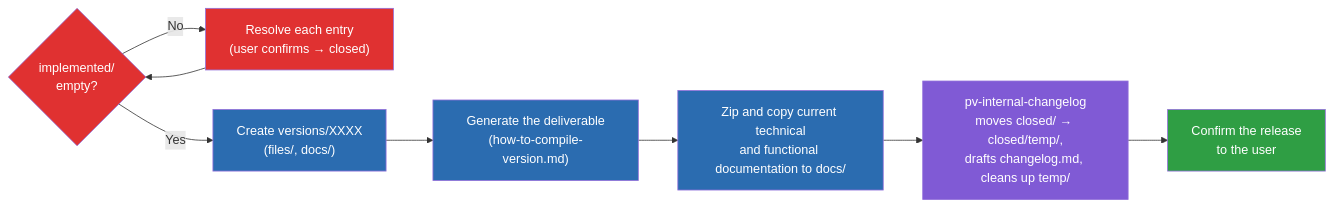
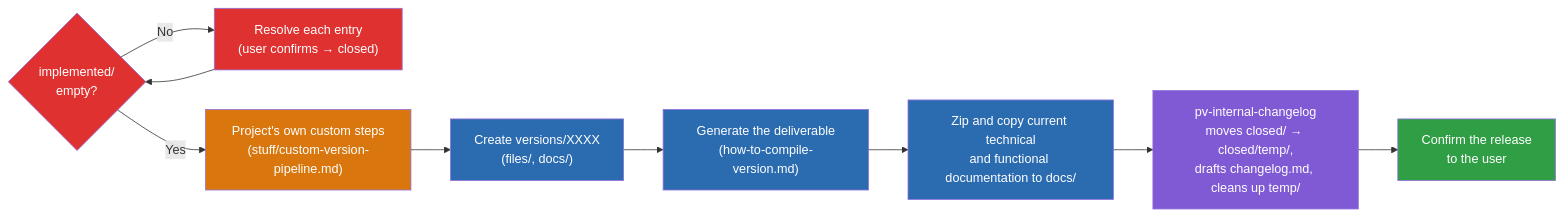
One commit to yeyopepe/bgfactory changed the diagram in .claude/skills/pv-version/version-flow-diagram.template.md. Above: the diagram before and after it, drawn with Mermaid. The commit also changed other lines of this file and 38 other files, not shown here.

````diff
--- a/.claude/skills/pv-version/version-flow-diagram.template.md
+++ b/.claude/skills/pv-version/version-flow-diagram.template.md
@@ -5,22 +5,25 @@
 ```mermaid
 flowchart LR
     Guard{"implemented/\nempty?"}
     Resolve["Resolve each entry\n(user confirms → closed)"]
+    Custom["Project's own custom steps\n(stuff/custom-version-pipeline.md)"]
     Folder["Create versions/XXXX\n(files/, docs/)"]
     Compile["Generate the deliverable\n(how-to-compile-version.md)"]
     Docs["Zip and copy current technical\nand functional documentation to docs/"]
     Changelog["pv-internal-changelog\nmoves closed/ → closed/temp/,\ndrafts changelog.md, cleans up temp/"]
     Confirm["Confirm the release\nto the user"]
 
     Guard -- No --> Resolve --> Guard
-    Guard -- Yes --> Folder --> Compile --> Docs --> Changelog --> Confirm
+    Guard -- Yes --> Custom --> Folder --> Compile --> Docs --> Changelog --> Confirm
 
     classDef guardrail fill:#e03131,color:#fff
     classDef core fill:#2b6cb0,color:#fff
     classDef internal fill:#805ad5,color:#fff
+    classDef extension fill:#d9770e,color:#fff
     classDef done fill:#2f9e44,color:#fff
     class Guard,Resolve guardrail
     class Folder,Compile,Docs core
     class Changelog internal
+    class Custom extension
     class Confirm done
 ```
````
